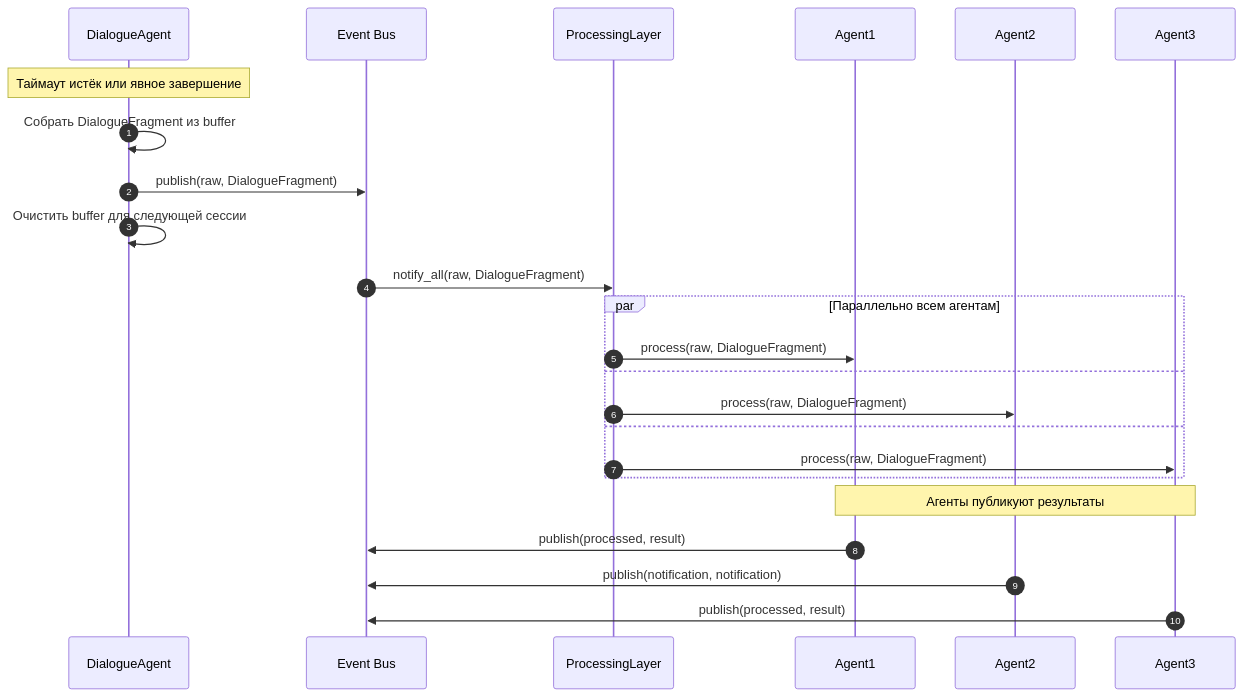
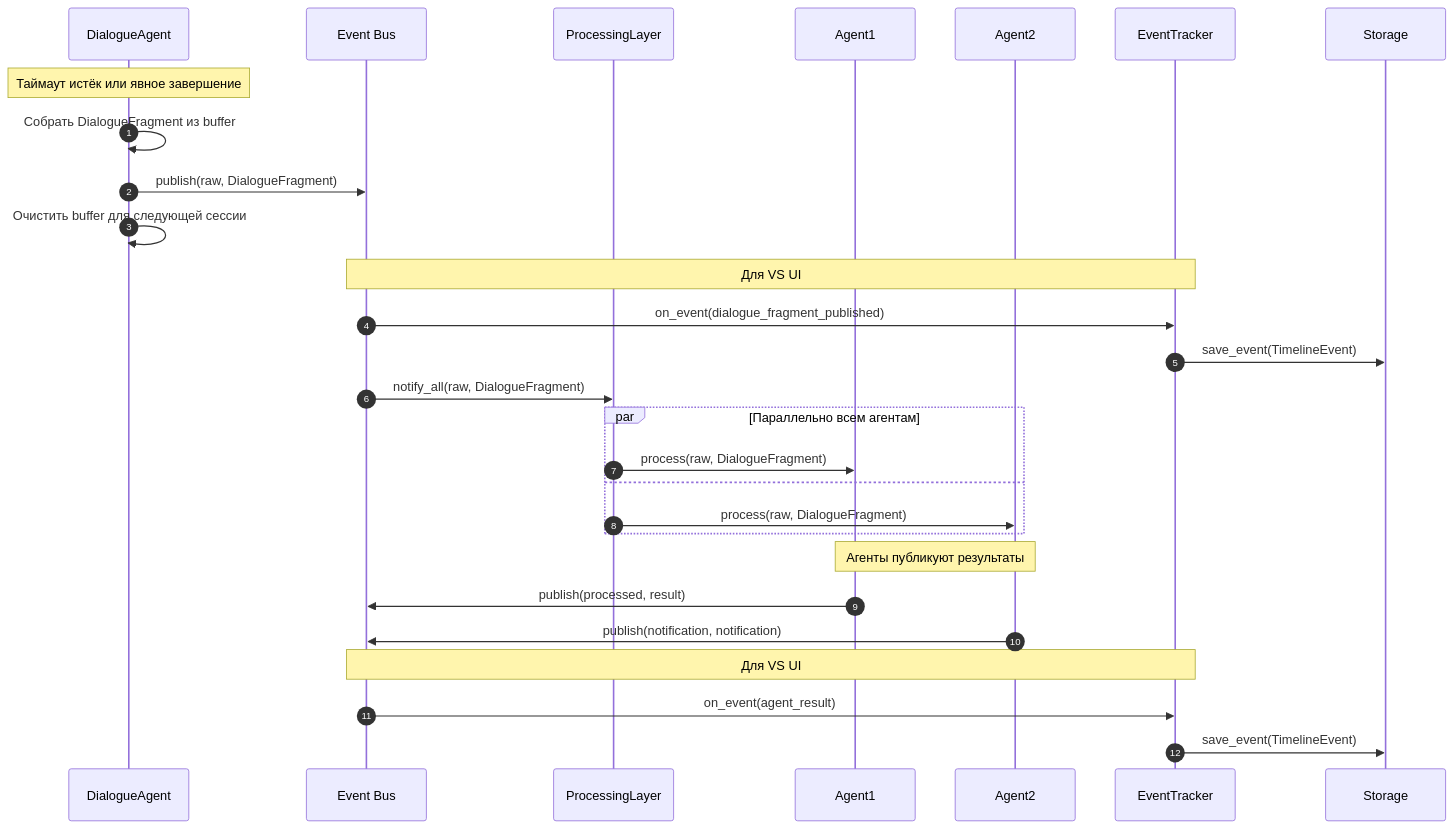
The second of 15 diagrams in 00_docs/architecture/runtime_architecture.md (Dieugene/team-assistant), drawn with Mermaid before and after one commit. The commit also changed other lines of this file, not shown here.

First line of the commit message:
Update runtime architecture

````diff
--- a/00_docs/architecture/runtime_architecture.md
+++ b/00_docs/architecture/runtime_architecture.md
@@ -103,32 +130,37 @@
 ```mermaid
 sequenceDiagram
     autonumber
     participant DA as DialogueAgent
     participant EB as Event Bus
     participant PL as ProcessingLayer
     participant PA1 as Agent1
     participant PA2 as Agent2
-    participant PA3 as Agent3
+    participant ET as EventTracker
 
     Note over DA: Таймаут истёк или явное завершение
 
     DA->>DA: Собрать DialogueFragment из buffer
     DA->>EB: publish(raw, DialogueFragment)
     DA->>DA: Очистить buffer для следующей сессии
 
+    Note over ET,EB: Для VS UI
+    EB->>ET: on_event(dialogue_fragment_published)
+    ET->>Storage: save_event(TimelineEvent)
+
     EB->>PL: notify_all(raw, DialogueFragment)
 
     par Параллельно всем агентам
         PL->>PA1: process(raw, DialogueFragment)
     and
         PL->>PA2: process(raw, DialogueFragment)
-    and
-        PL->>PA3: process(raw, DialogueFragment)
     end
 
-    Note over PA1,PA3: Агенты публикуют результаты
+    Note over PA1,PA2: Агенты публикуют результаты
 
     PA1->>EB: publish(processed, result)
     PA2->>EB: publish(notification, notification)
-    PA3->>EB: publish(processed, result)
+
+    Note over ET,EB: Для VS UI
+    EB->>ET: on_event(agent_result)
+    ET->>Storage: save_event(TimelineEvent)
 ```
````
